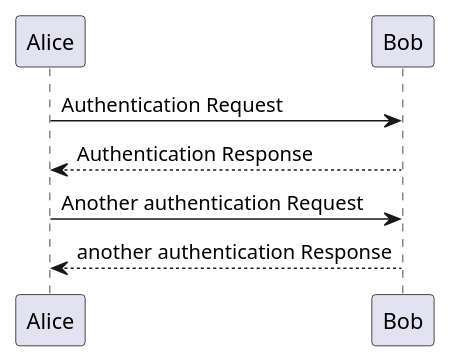
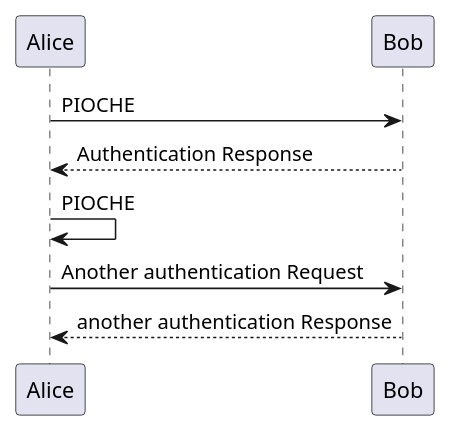
One commit to de-dale/wiki changed the diagram in sphérier/référence/phases-de-jeu/combat.md. Above: the diagram before and after it, drawn with PlantUML. The commit also changed other lines of this file, not shown here.

Commit message:
docs: update sphérier/référence/phases-de-jeu/combat

````diff
--- a/sphérier/référence/phases-de-jeu/combat.md
+++ b/sphérier/référence/phases-de-jeu/combat.md
@@ -129,7 +129,7 @@
 ```plantuml
-Alice -> Bob: Authentication Request
+Alice -> Bob: PIOCHE
 Bob --> Alice: Authentication Response
-
+Alice -> Alice: PIOCHE
 Alice -> Bob: Another authentication Request
 Alice <-- Bob: another authentication Response
 ```
````
